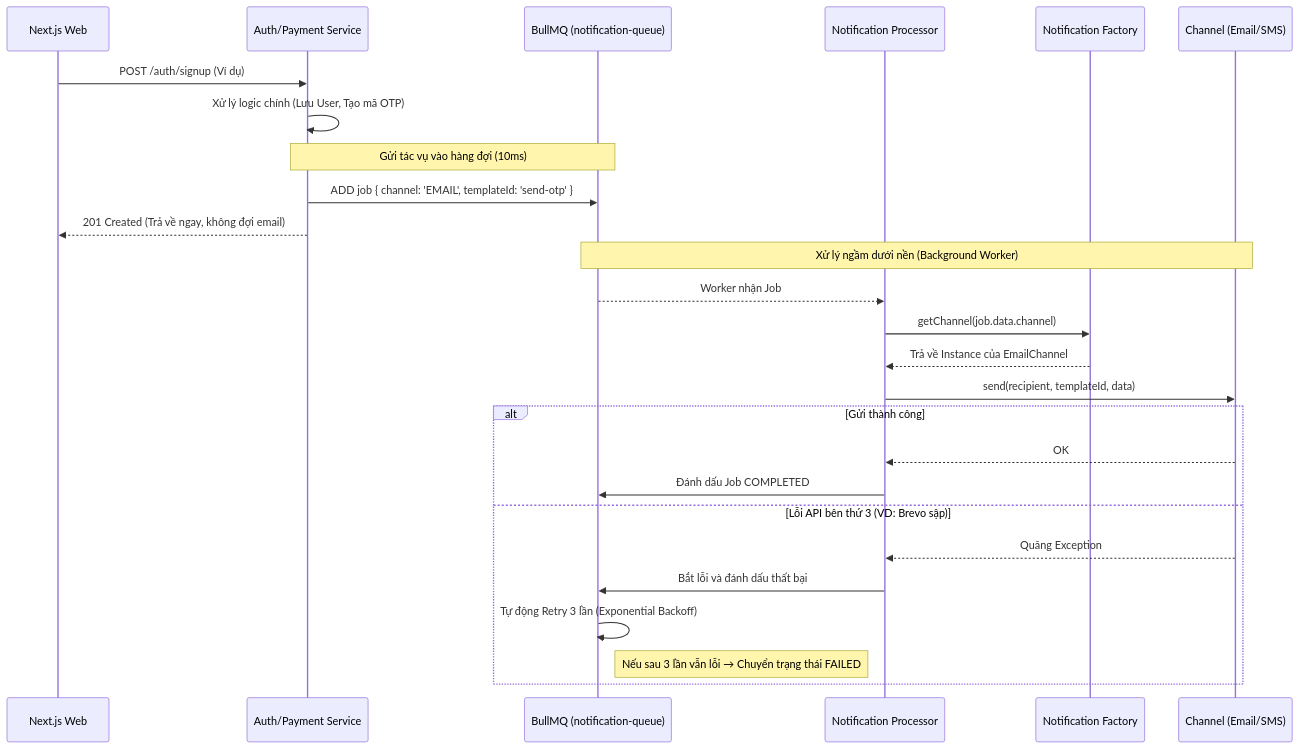
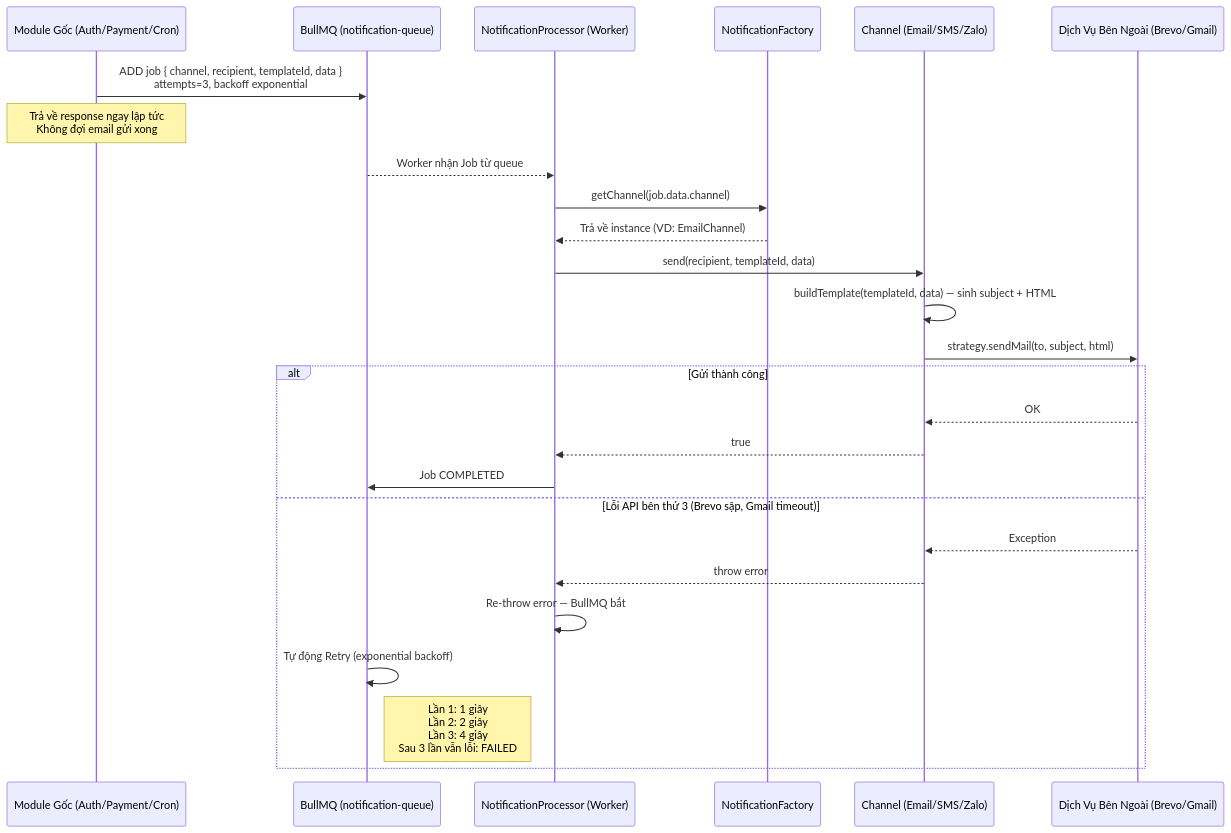
Before and after one commit to dorayakiiiiz/ticket-box: the second of 7 diagrams in blueprint/specs/notification.md, drawn with Mermaid. The commit also changed other lines of this file and 3 other files, not shown here.

````diff
--- a/blueprint/specs/notification.md
+++ b/blueprint/specs/notification.md
@@ -64,31 +75,32 @@
 ```mermaid
 sequenceDiagram
-    participant FE as Next.js Web
-    participant BE as Auth/Payment Service
+    participant SRC as Module Gốc (Auth/Payment/Cron)
     participant Q as BullMQ (notification-queue)
-    participant W as Notification Processor
-    participant F as Notification Factory
-    participant CH as Channel (Email/SMS)
+    participant W as NotificationProcessor (Worker)
+    participant F as NotificationFactory
+    participant CH as Channel (Email/SMS/Zalo)
+    participant EXT as Dịch Vụ Bên Ngoài (Brevo/Gmail)
 
-    FE->>BE: POST /auth/signup (Ví dụ)
-    BE->>BE: Xử lý logic chính (Lưu User, Tạo mã OTP)
-    Note over BE,Q: Gửi tác vụ vào hàng đợi (10ms)
-    BE->>Q: ADD job { channel: 'EMAIL', templateId: 'send-otp' }
-    BE-->>FE: 201 Created (Trả về ngay, không đợi email)
+    SRC->>Q: ADD job { channel, recipient, templateId, data }<br/>attempts=3, backoff exponential
 
-    Note over Q,CH: Xử lý ngầm dưới nền (Background Worker)
-    Q-->>W: Worker nhận Job
+    Note over SRC: Trả về response ngay lập tức<br/>Không đợi email gửi xong
+
+    Q-->>W: Worker nhận Job từ queue
     W->>F: getChannel(job.data.channel)
-    F-->>W: Trả về Instance của EmailChannel
+    F-->>W: Trả về instance (VD: EmailChannel)
     W->>CH: send(recipient, templateId, data)
-    
+    CH->>CH: buildTemplate(templateId, data) — sinh subject + HTML
+    CH->>EXT: strategy.sendMail(to, subject, html)
+
     alt Gửi thành công
-        CH-->>W: OK
-        W->>Q: Đánh dấu Job COMPLETED
-    else Lỗi API bên thứ 3 (VD: Brevo sập)
-        CH-->>W: Quăng Exception
-        W->>Q: Bắt lỗi và đánh dấu thất bại
-        Q->>Q: Tự động Retry 3 lần (Exponential Backoff)
-        Note right of Q: Nếu sau 3 lần vẫn lỗi → Chuyển trạng thái FAILED
+        EXT-->>CH: OK
+        CH-->>W: true
+        W->>Q: Job COMPLETED
+    else Lỗi API bên thứ 3 (Brevo sập, Gmail timeout)
+        EXT-->>CH: Exception
+        CH-->>W: throw error
+        W->>W: Re-throw error — BullMQ bắt
+        Q->>Q: Tự động Retry (exponential backoff)
+        Note right of Q: Lần 1: 1 giây<br/>Lần 2: 2 giây<br/>Lần 3: 4 giây<br/>Sau 3 lần vẫn lỗi: FAILED
     end
 ```
````
